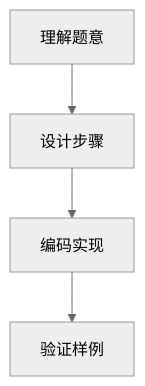
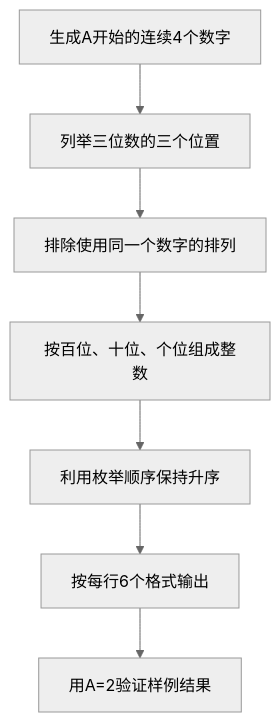
One commit to pta-program/pta_basic_program_article_by_lua changed the second of 2 diagrams in 编程题/PTA基础编程题目集 7-16求符合给定条件的整数集（Lua语言实现）.md. Above: the diagram before and after it, drawn with Mermaid (neutral theme). The commit also changed other lines of this file and 50 other files, not shown here.

````diff
--- a/编程题/PTA基础编程题目集 7-16求符合给定条件的整数集（Lua语言实现）.md
+++ b/编程题/PTA基础编程题目集 7-16求符合给定条件的整数集（Lua语言实现）.md
@@ -71,6 +83,9 @@
 ```mermaid
 flowchart TD
-  A[理解题意] --> B[设计步骤]
-  B --> C[编码实现]
-  C --> D[验证样例]
+  A[生成A开始的连续4个数字] --> B[列举三位数的三个位置]
+  B --> C[排除使用同一个数字的排列]
+  C --> D[按百位、十位、个位组成整数]
+  D --> E[利用枚举顺序保持升序]
+  E --> F[按每行6个格式输出]
+  F --> G[用A=2验证样例结果]
 ```
````
